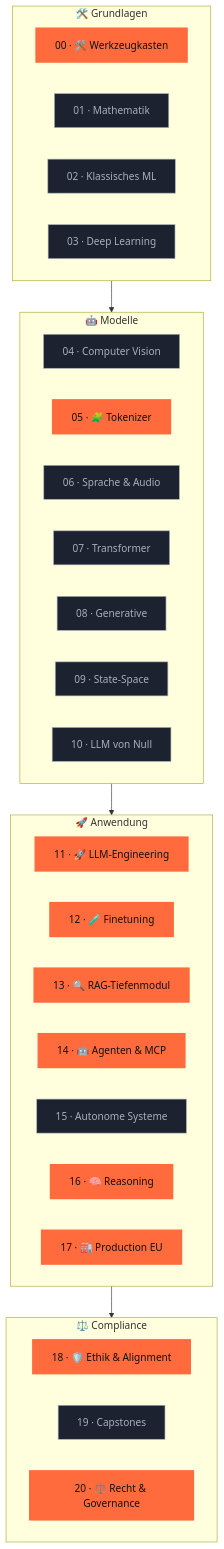
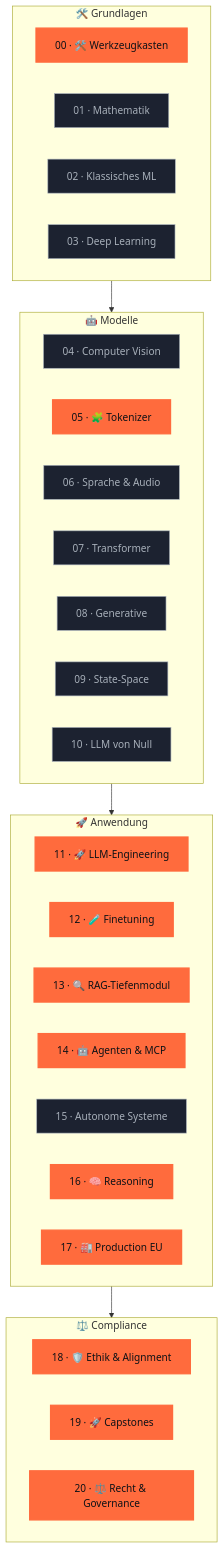
Before and after one commit to s-a-s-k-i-a/ki-engineering-werkstatt: the second of 3 diagrams in README.md, drawn with Mermaid. The commit also changed other lines of this file and 11 other files, not shown here.

````diff
--- a/README.md
+++ b/README.md
@@ -242,45 +242,45 @@
 ```mermaid
 flowchart TB
   subgraph G[" 🛠️ Grundlagen "]
     direction LR
     P00[00 · 🛠️ Werkzeugkasten]:::done
     P01[01 · Mathematik]:::planned
     P02[02 · Klassisches ML]:::planned
     P03[03 · Deep Learning]:::planned
   end
 
   subgraph M[" 🤖 Modelle "]
     direction LR
     P04[04 · Computer Vision]:::planned
     P05[05 · 🧩 Tokenizer]:::done
     P06[06 · Sprache & Audio]:::planned
     P07[07 · Transformer]:::planned
     P08[08 · Generative]:::planned
     P09[09 · State-Space]:::planned
     P10[10 · LLM von Null]:::planned
   end
 
   subgraph A[" 🚀 Anwendung "]
     direction LR
     P11[11 · 🚀 LLM-Engineering]:::done
     P12[12 · 🧪 Finetuning]:::done
     P13[13 · 🔍 RAG-Tiefenmodul]:::done
     P14[14 · 🤖 Agenten & MCP]:::done
     P15[15 · Autonome Systeme]:::planned
     P16[16 · 🧠 Reasoning]:::done
     P17[17 · 🏭 Production EU]:::done
   end
 
   subgraph C[" ⚖️ Compliance "]
     direction LR
     P18[18 · 🛡️ Ethik & Alignment]:::done
-    P19[19 · Capstones]:::planned
+    P19[19 · 🚀 Capstones]:::done
     P20[20 · ⚖️ Recht & Governance]:::done
   end
 
   G --> M --> A --> C
 
   classDef done fill:#FF6B3D,color:#0E1116,stroke:#FF6B3D,stroke-width:2px
   classDef wip fill:#3D8BFF,color:#FFF,stroke:#3D8BFF,stroke-width:2px,stroke-dasharray:5
   classDef planned fill:#1c2230,color:#A8B0BA,stroke:#A8B0BA,stroke-width:1px
 ```
````
